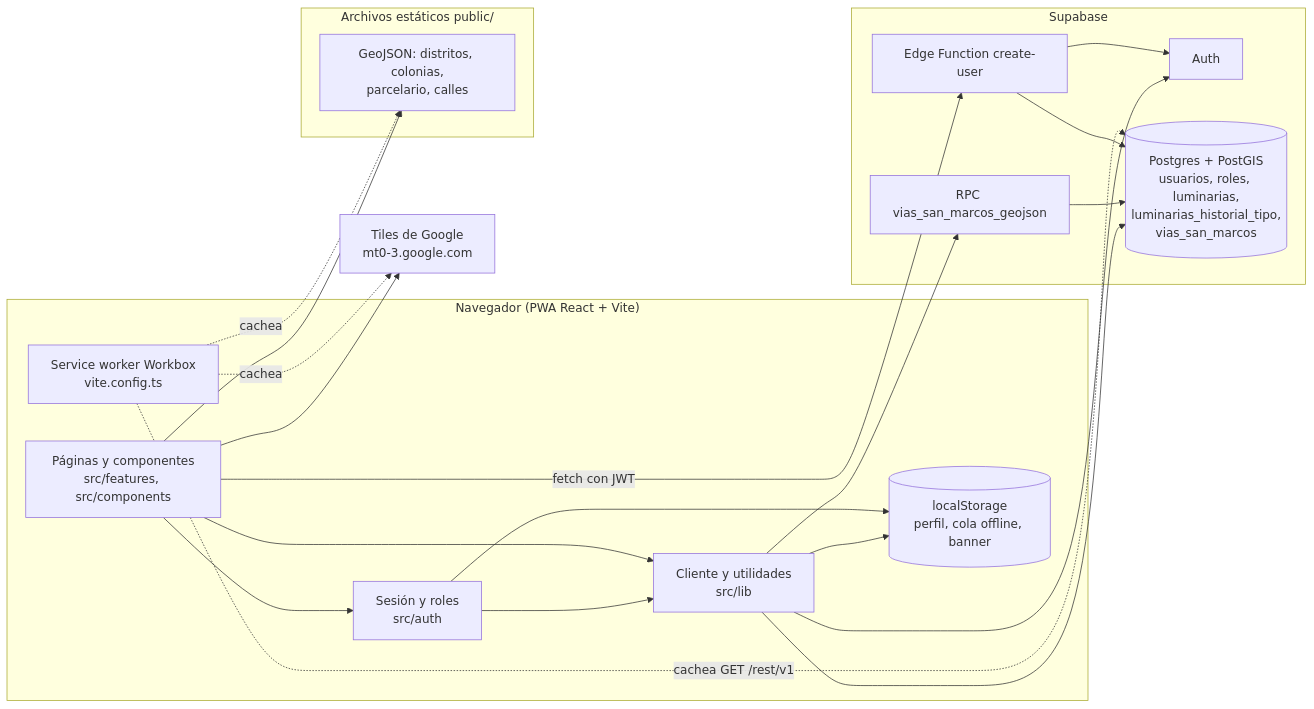
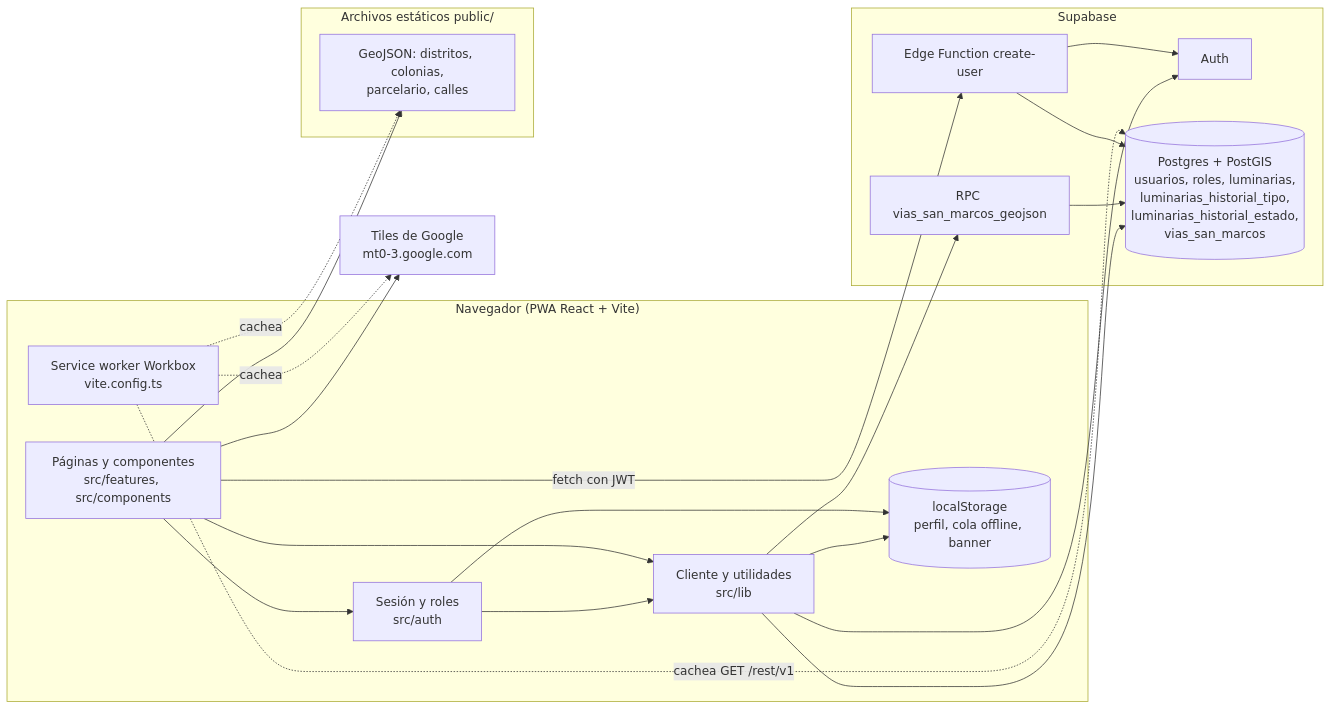
The first of 5 diagrams in docs/grafo-proyecto.md (cja2001/mapsss), drawn with Mermaid before and after one commit. The commit also changed other lines of this file and 8 other files, not shown here.

````diff
--- a/docs/grafo-proyecto.md
+++ b/docs/grafo-proyecto.md
@@ -9,38 +9,38 @@
 ```mermaid
 flowchart LR
   subgraph Cliente["Navegador (PWA React + Vite)"]
     UI["Páginas y componentes<br/>src/features, src/components"]
     AUTH["Sesión y roles<br/>src/auth"]
     LIB["Cliente y utilidades<br/>src/lib"]
     SW["Service worker Workbox<br/>vite.config.ts"]
     LS[("localStorage<br/>perfil, cola offline, banner")]
   end
 
   subgraph Estaticos["Archivos estáticos public/"]
     GJ["GeoJSON: distritos, colonias,<br/>parcelario, calles"]
   end
 
   subgraph Supabase
     SAUTH["Auth"]
-    DB[("Postgres + PostGIS<br/>usuarios, roles, luminarias,<br/>luminarias_historial_tipo,<br/>vias_san_marcos")]
+    DB[("Postgres + PostGIS<br/>usuarios, roles, luminarias,<br/>luminarias_historial_tipo,<br/>luminarias_historial_estado,<br/>vias_san_marcos")]
     RPC["RPC vias_san_marcos_geojson"]
     EDGE["Edge Function create-user"]
   end
 
   TILES["Tiles de Google<br/>mt0-3.google.com"]
 
   UI --> AUTH --> LIB
   UI --> LIB
   LIB --> SAUTH
   LIB --> DB
   LIB --> RPC --> DB
   UI -- "fetch con JWT" --> EDGE --> DB
   EDGE --> SAUTH
   UI --> GJ
   UI --> TILES
   LIB --> LS
   AUTH --> LS
   SW -. "cachea" .-> GJ
   SW -. "cachea" .-> TILES
   SW -. "cachea GET /rest/v1" .-> DB
 ```
````
